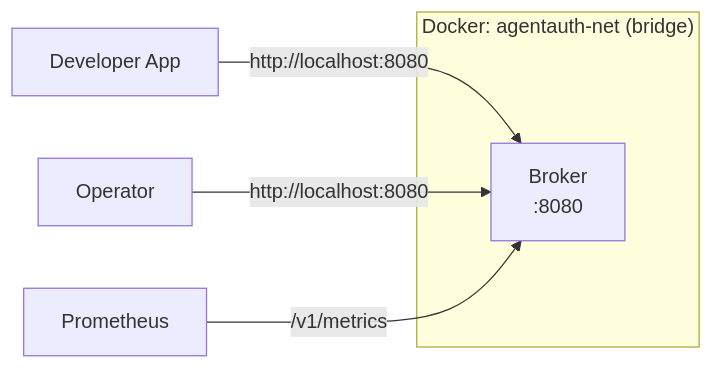
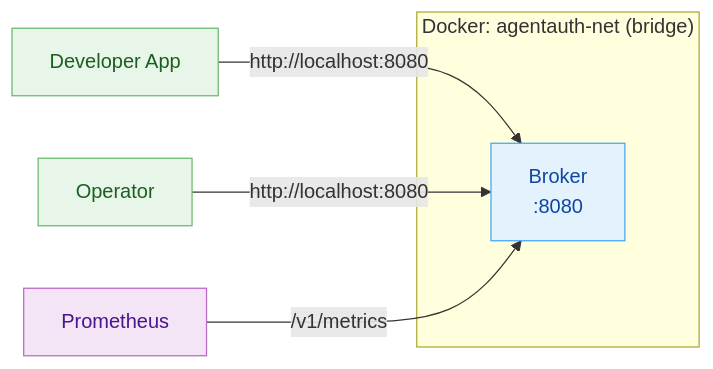
One commit to devonartis/agentwrit changed the first of 2 diagrams in docs/getting-started-operator.md. Above: the diagram before and after it, drawn with Mermaid. The commit also changed 6 other files, not shown here.

First line of the commit message:
docs: align public diagrams and add svg companion

````diff
--- a/docs/getting-started-operator.md
+++ b/docs/getting-started-operator.md
@@ -39,9 +39,17 @@
 ```mermaid
 flowchart LR
     subgraph "Docker: agentauth-net (bridge)"
         B["Broker<br/>:8080"]
     end
     Dev["Developer App"] -- "http://localhost:8080" --> B
     Op["Operator"] -- "http://localhost:8080" --> B
     Prom["Prometheus"] -- "/v1/metrics" --> B
+
+    classDef broker fill:#e3f2fd,stroke:#42a5f5,color:#0d47a1
+    classDef client fill:#e8f5e9,stroke:#66bb6a,color:#1b5e20
+    classDef obs fill:#f3e5f5,stroke:#ba68c8,color:#4a148c
+
+    class B broker
+    class Dev,Op client
+    class Prom obs
 ```
````
